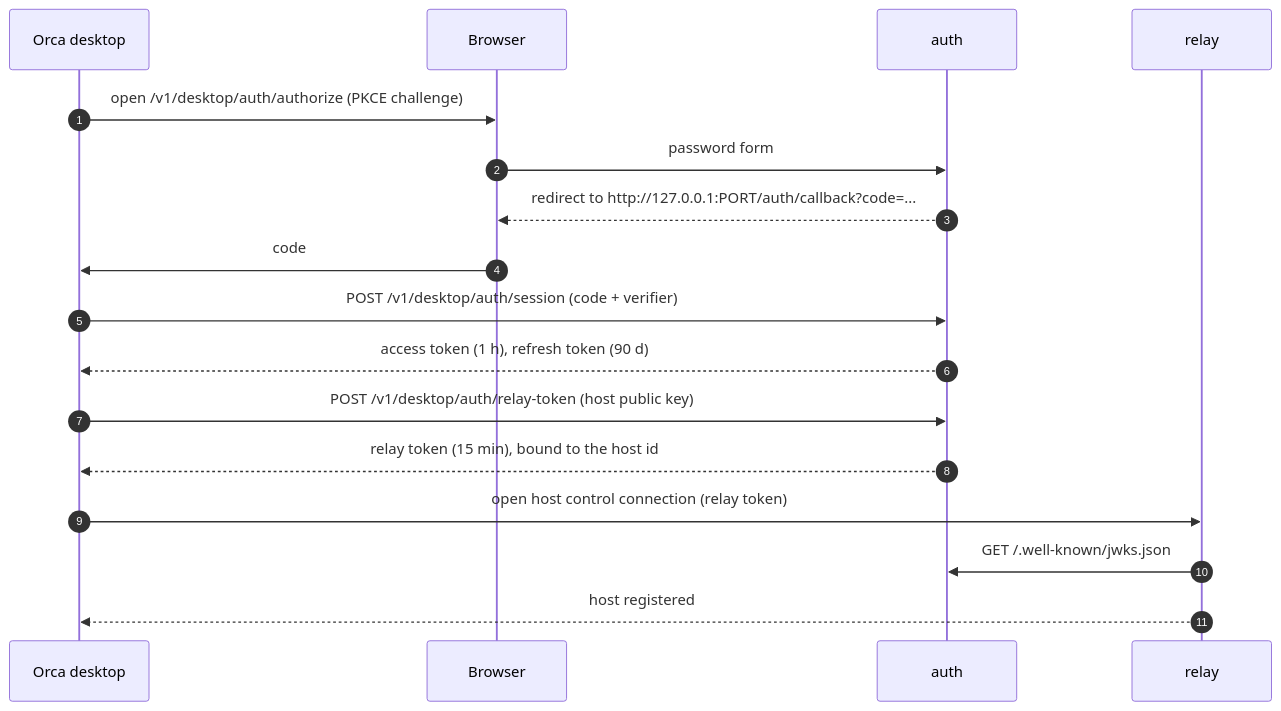
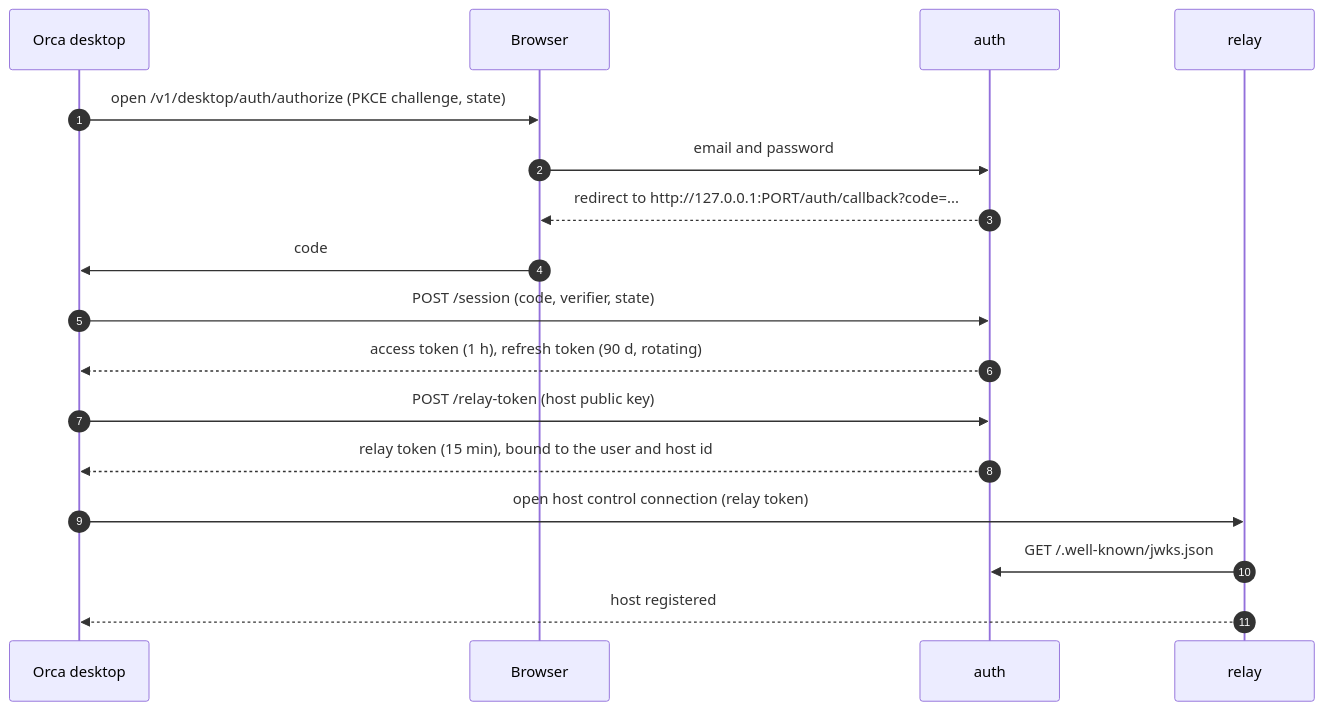
The second of 3 diagrams in README.md (alfabaria/orca-relay), drawn with Mermaid before and after one commit. The commit also changed other lines of this file and 14 other files, not shown here.

First line of the commit message:
Per-user sign-in service and official relay source

````diff
--- a/README.md
+++ b/README.md
@@ -53,20 +60,20 @@
 ```mermaid
 sequenceDiagram
     autonumber
     participant D as Orca desktop
     participant B as Browser
     participant A as auth
     participant R as relay
 
-    D->>B: open /v1/desktop/auth/authorize (PKCE challenge)
-    B->>A: password form
+    D->>B: open /v1/desktop/auth/authorize (PKCE challenge, state)
+    B->>A: email and password
     A-->>B: redirect to http://127.0.0.1:PORT/auth/callback?code=...
     B->>D: code
-    D->>A: POST /v1/desktop/auth/session (code + verifier)
-    A-->>D: access token (1 h), refresh token (90 d)
-    D->>A: POST /v1/desktop/auth/relay-token (host public key)
-    A-->>D: relay token (15 min), bound to the host id
+    D->>A: POST /session (code, verifier, state)
+    A-->>D: access token (1 h), refresh token (90 d, rotating)
+    D->>A: POST /relay-token (host public key)
+    A-->>D: relay token (15 min), bound to the user and host id
     D->>R: open host control connection (relay token)
     R->>A: GET /.well-known/jwks.json
     R-->>D: host registered
 ```
````
